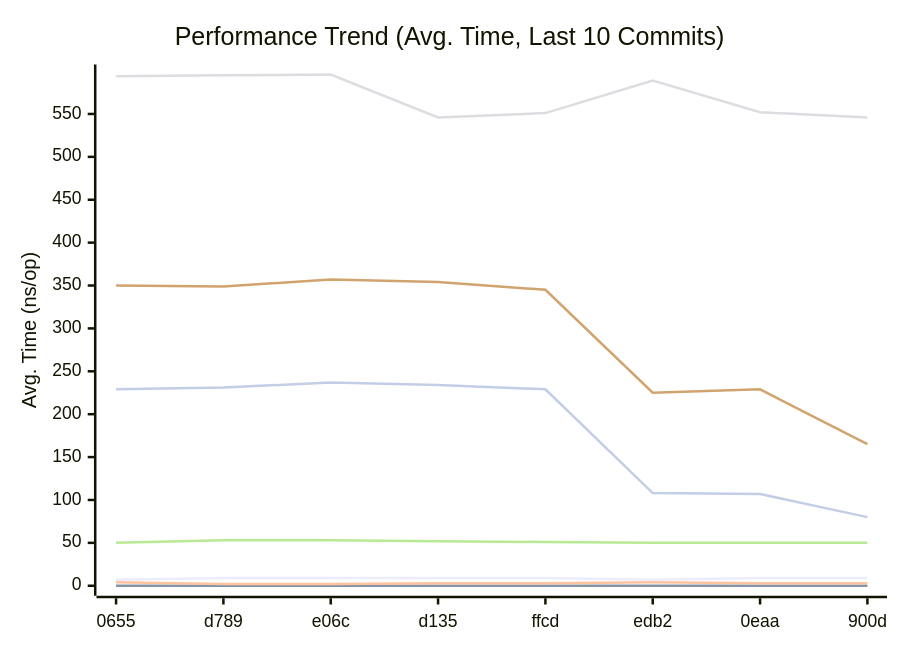
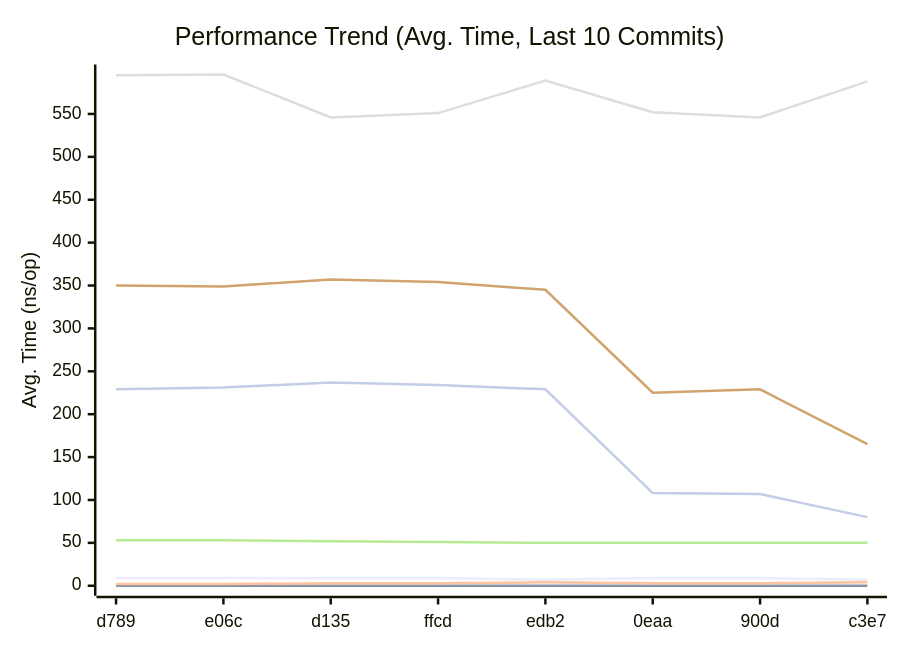
The first of 3 diagrams in docs/README.md (alsotoes/momo), drawn with Mermaid before and after one commit. The commit also changed other lines of this file and 1 other file, not shown here.

````diff
--- a/docs/README.md
+++ b/docs/README.md
@@ -303,14 +303,14 @@
 ```mermaid
 xychart-beta
     title "Performance Trend (Avg. Time, Last 10 Commits)"
     x-axis "Commit"
     y-axis "Avg. Time (ns/op)"
-    x-axis [0655,d789,e06c,d135,ffcd,edb2,0eaa,900d]
-    line "CheckMetricsAndSwap" [7,9,9,9,9,7,9,9,7,9]
+    x-axis [d789,e06c,d135,ffcd,edb2,0eaa,900d,c3e7]
+    line "CheckMetricsAndSwap" [9,9,9,9,7,9,9,7,9,9]
     line "IndexDirectTracking" [0,0,0,0,0,0,0,0,0,0]
-    line "IndexSearch" [4,2,2,3,3,4,3,3,4,3]
-    line "LoadGlobalConfig" [594,595,596,546,551,589,552,546,588,544]
-    line "PadString" [50,53,53,52,51,50,50,50,50,50]
+    line "IndexSearch" [2,2,3,3,4,3,3,4,3,2]
+    line "LoadGlobalConfig" [595,596,546,551,589,552,546,588,544,587]
+    line "PadString" [53,53,52,51,50,50,50,50,50,53]
     line "ParseReplicationOrder_NoPrealloc" [350,349,357,354,345,225,229,165,232,234]
     line "ParseReplicationOrder_Prealloc" [229,231,237,234,229,108,107,80,110,109]
 ```
````
